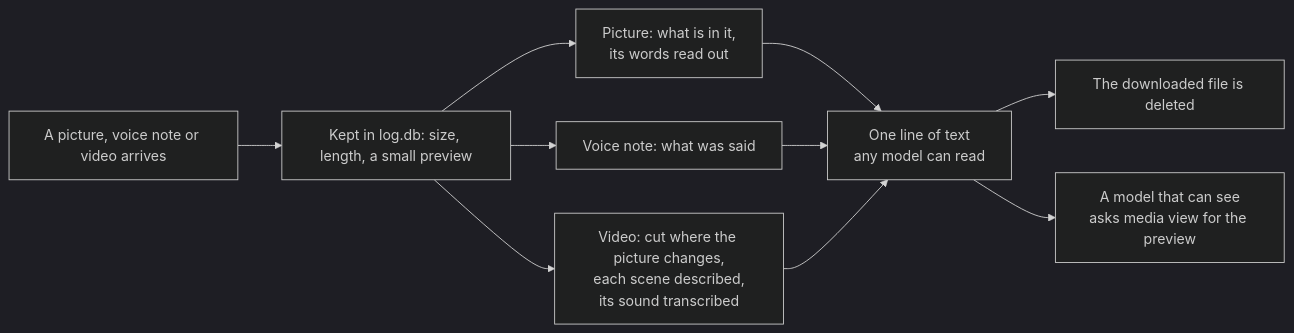
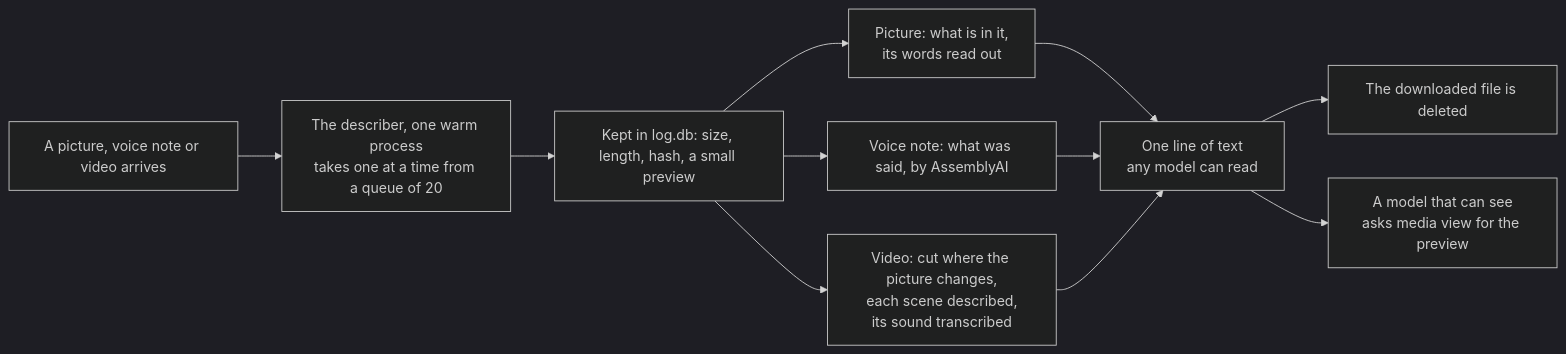
Before and after one commit to zqf20096327/ai_collect: the sixth of 7 diagrams in data/readmes/matthewdonsemail-lab__log.md, drawn with Mermaid (dark theme). The commit also changed other lines of this file and 1765 other files, not shown here.

````diff
--- a/data/readmes/matthewdonsemail-lab__log.md
+++ b/data/readmes/matthewdonsemail-lab__log.md
@@ -357,10 +409,11 @@
 ```mermaid
 flowchart LR
-  IN["A picture, voice note or video arrives"] --> REC["Kept in log.db: size, length, a small preview"]
+  IN["A picture, voice note or video arrives"] --> Q["The describer, one warm process<br/>takes one at a time from a queue of 20"]
+  Q --> REC["Kept in log.db: size, length, hash, a small preview"]
   REC --> PIC["Picture: what is in it,<br/>its words read out"]
-  REC --> AUD["Voice note: what was said"]
+  REC --> AUD["Voice note: what was said, by AssemblyAI"]
   REC --> VID["Video: cut where the picture changes,<br/>each scene described,<br/>its sound transcribed"]
   PIC & AUD & VID --> TXT["One line of text<br/>any model can read"]
   TXT --> DEL["The downloaded file is deleted"]
   TXT --> VIEW["A model that can see<br/>asks media view for the preview"]
 ```
````
